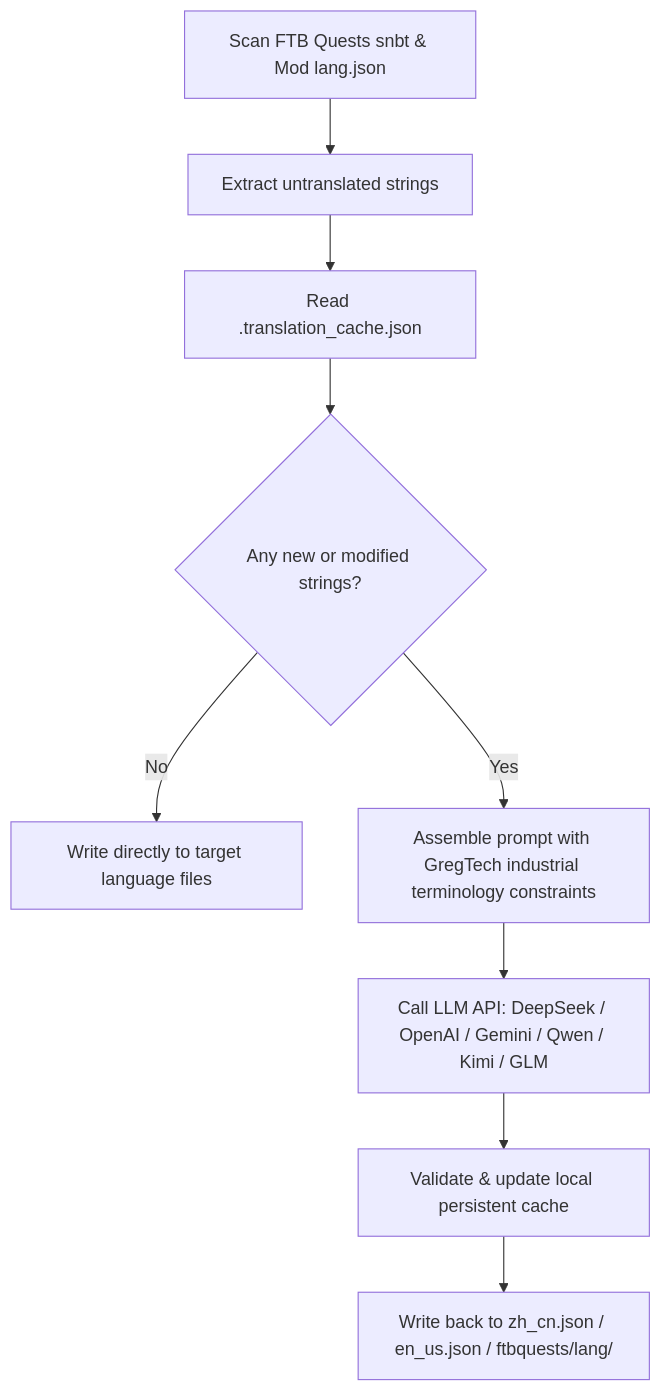
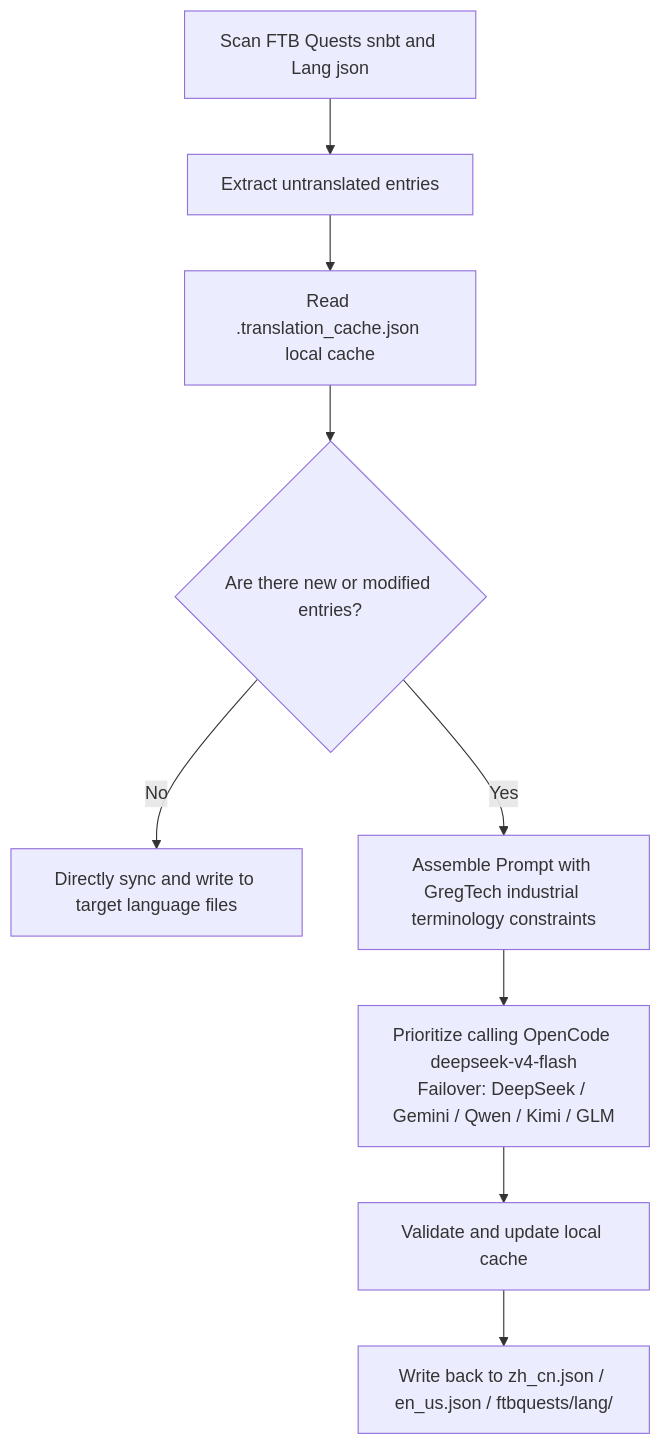
One commit to takanashisatou/GregtechEasy changed the diagram in docs/en/ci-cd-and-translation/ai-translation.md. Above: the diagram before and after it, drawn with Mermaid. The commit also changed other lines of this file and 162 other files, not shown here.

Commit message:
i18n: Update multi-language assets and FTB quest dictionaries

````diff
--- a/docs/en/ci-cd-and-translation/ai-translation.md
+++ b/docs/en/ci-cd-and-translation/ai-translation.md
@@ -13,11 +27,11 @@
 ```mermaid
 graph TD
-    A[Scan FTB Quests snbt & Mod lang.json] --> B[Extract untranslated strings]
-    B --> C[Read .translation_cache.json]
-    C --> D{Any new or modified strings?}
-    D -- No --> E[Write directly to target language files]
-    D -- Yes --> F[Assemble prompt with GregTech industrial terminology constraints]
-    F --> G[Call LLM API: DeepSeek / OpenAI / Gemini / Qwen / Kimi / GLM]
-    G --> H[Validate & update local persistent cache]
+    A[Scan FTB Quests snbt and Lang json] --> B[Extract untranslated entries]
+    B --> C[Read .translation_cache.json local cache]
+    C --> D{Are there new or modified entries?}
+    D -- No --> E[Directly sync and write to target language files]
+    D -- Yes --> F[Assemble Prompt with GregTech industrial terminology constraints]
+    F --> G["Prioritize calling OpenCode deepseek-v4-flash<br/>Failover: DeepSeek / Gemini / Qwen / Kimi / GLM"]
+    G --> H[Validate and update local cache]
     H --> I[Write back to zh_cn.json / en_us.json / ftbquests/lang/]
 ```
````
